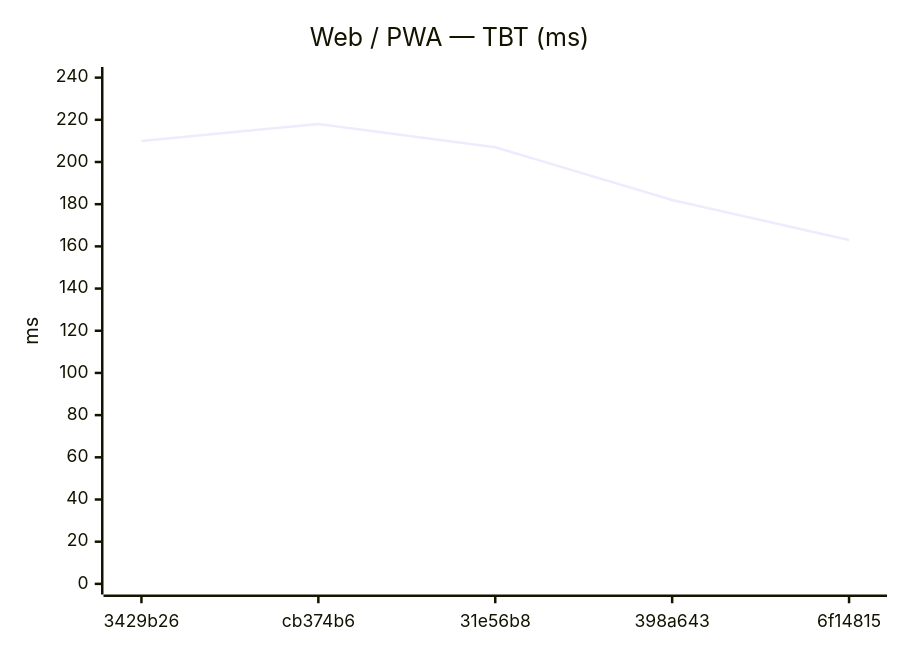
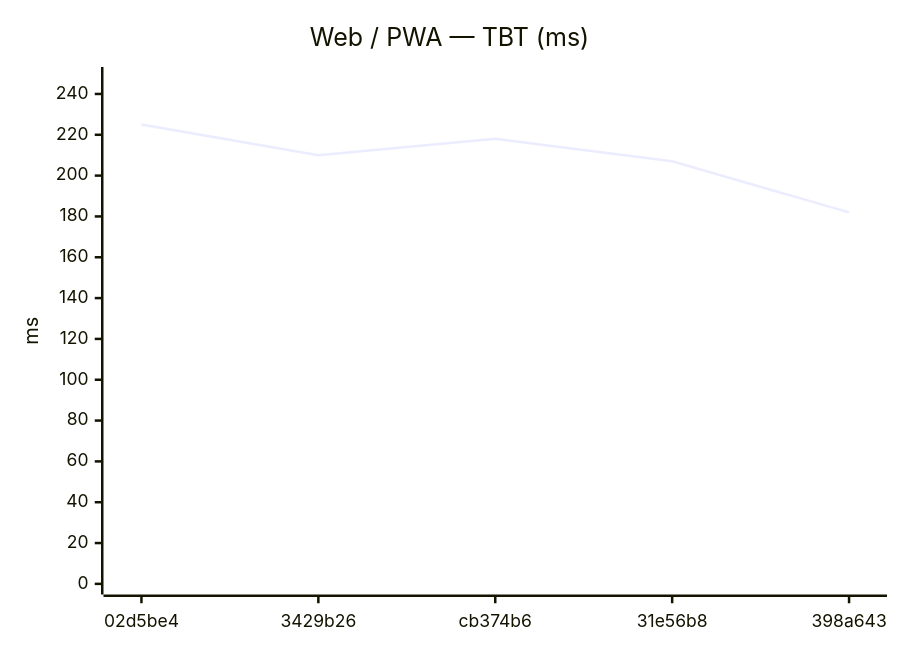
The eighth of 18 diagrams in benchmarks/compare.md (Metaheurist/Rianell), drawn with Mermaid before and after one commit. The commit also changed other lines of this file and 11 other files, not shown here.

````diff
--- a/benchmarks/compare.md
+++ b/benchmarks/compare.md
@@ -124,7 +124,7 @@
 ```mermaid
 xychart-beta
     title "Web / PWA — TBT (ms)"
-    x-axis ["3429b26", "cb374b6", "31e56b8", "398a643", "6f14815"]
-    y-axis "ms" 0 --> 240
-    line [210, 218, 207, 182, 163]
+    x-axis ["02d5be4", "3429b26", "cb374b6", "31e56b8", "398a643"]
+    y-axis "ms" 0 --> 248
+    line [225, 210, 218, 207, 182]
 ```
````
